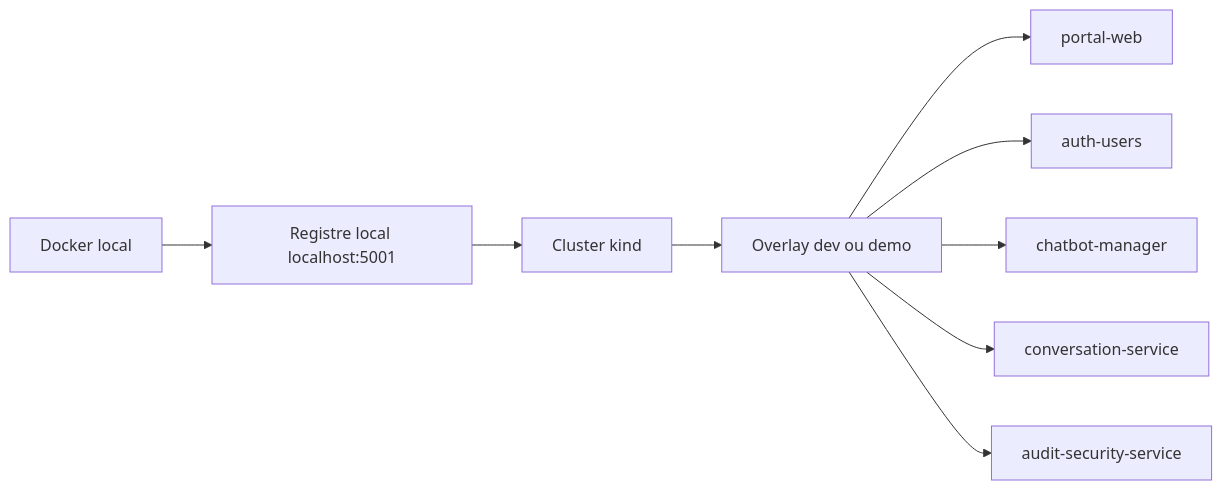
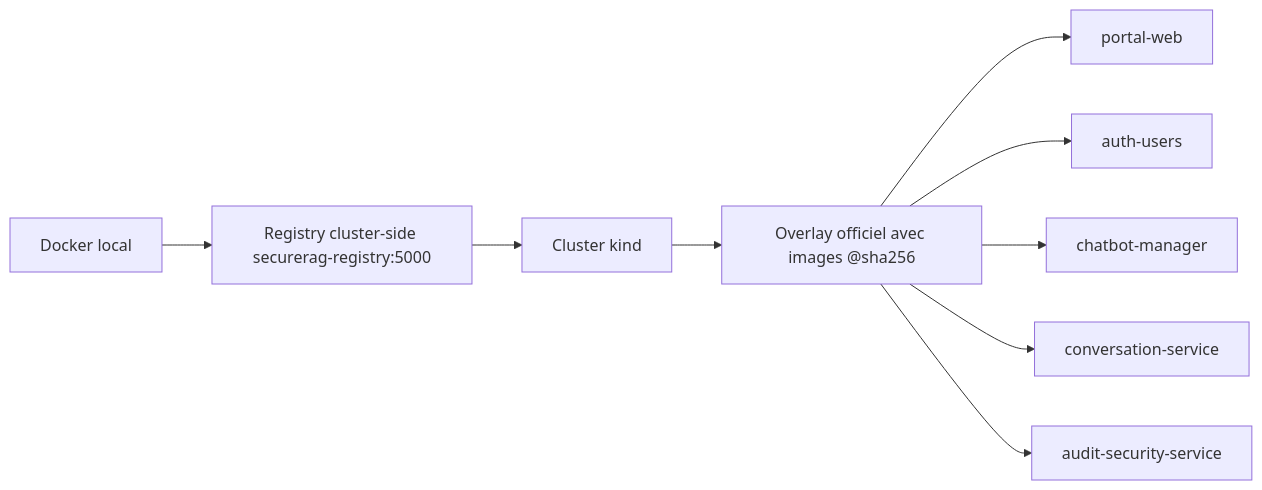
The fifth of 12 diagrams in docs/architecture/devsecops-mermaid.md (YassinoMed/MasterPFE), drawn with Mermaid before and after one commit. The commit also changed 75 other files, not shown here.

````diff
--- a/docs/architecture/devsecops-mermaid.md
+++ b/docs/architecture/devsecops-mermaid.md
@@ -78,11 +78,11 @@
 ```mermaid
 flowchart LR
-  A["Docker local"] --> B["Registre local localhost:5001"]
+  A["Docker local"] --> B["Registry cluster-side securerag-registry:5000"]
   B --> C["Cluster kind"]
-  C --> D["Overlay dev ou demo"]
+  C --> D["Overlay officiel avec images @sha256"]
   D --> E["portal-web"]
   D --> F["auth-users"]
   D --> G["chatbot-manager"]
   D --> H["conversation-service"]
   D --> I["audit-security-service"]
 ```
````
